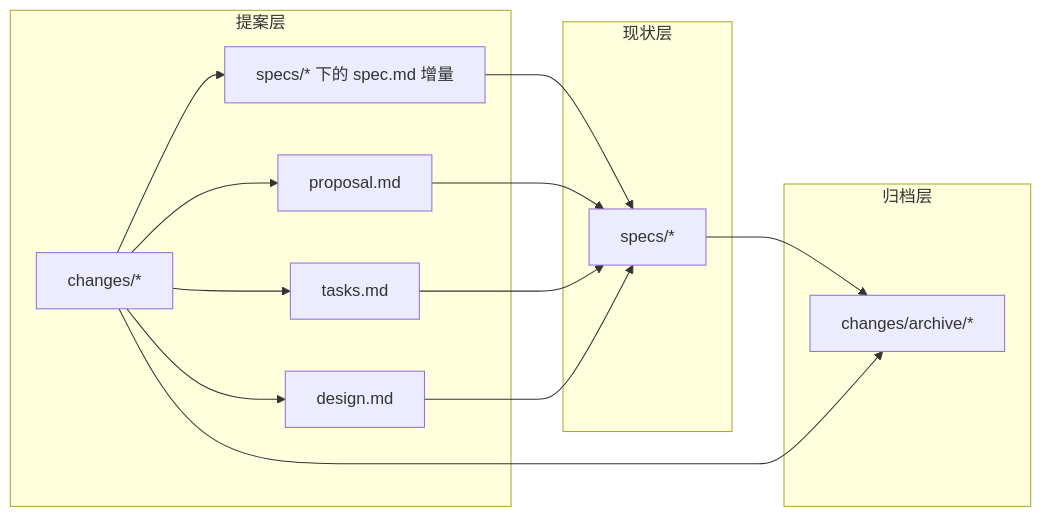
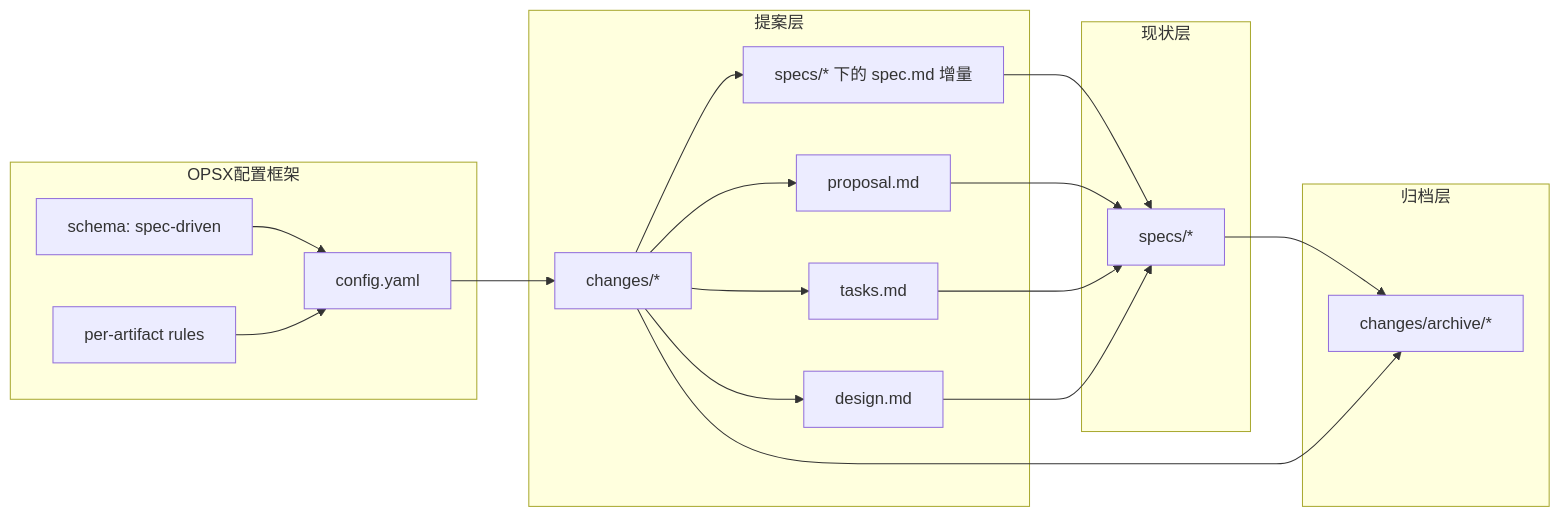
The second of 7 diagrams in .qoder/repowiki/zh/content/开发指南/扩展开发指南/OpenSpec规范.md (terwer/siyuan-plugin-publisher), drawn with Mermaid before and after one commit. The commit also changed other lines of this file and 9 other files, not shown here.

````diff
--- a/.qoder/repowiki/zh/content/开发指南/扩展开发指南/OpenSpec规范.md
+++ b/.qoder/repowiki/zh/content/开发指南/扩展开发指南/OpenSpec规范.md
@@ -98,26 +124,34 @@
 ```mermaid
 graph LR
 subgraph "现状层"
 SPEC["specs/*"]
 end
 subgraph "提案层"
 CHANGE["changes/*"]
 PROPOSAL["proposal.md"]
 TASKS["tasks.md"]
 DESIGN["design.md"]
 DELTAS["specs/* 下的 spec.md 增量"]
 end
 subgraph "归档层"
 ARCHIVE["changes/archive/*"]
 end
+subgraph "OPSX配置框架"
+CONFIG["config.yaml"]
+SCHEMA["schema: spec-driven"]
+RULES["per-artifact rules"]
+end
 CHANGE --> PROPOSAL
 CHANGE --> TASKS
 CHANGE --> DESIGN
 CHANGE --> DELTAS
 DELTAS --> SPEC
 PROPOSAL --> SPEC
 TASKS --> SPEC
 DESIGN --> SPEC
 SPEC --> ARCHIVE
 CHANGE --> ARCHIVE
+CONFIG --> CHANGE
+SCHEMA --> CONFIG
+RULES --> CONFIG
 ```
````
